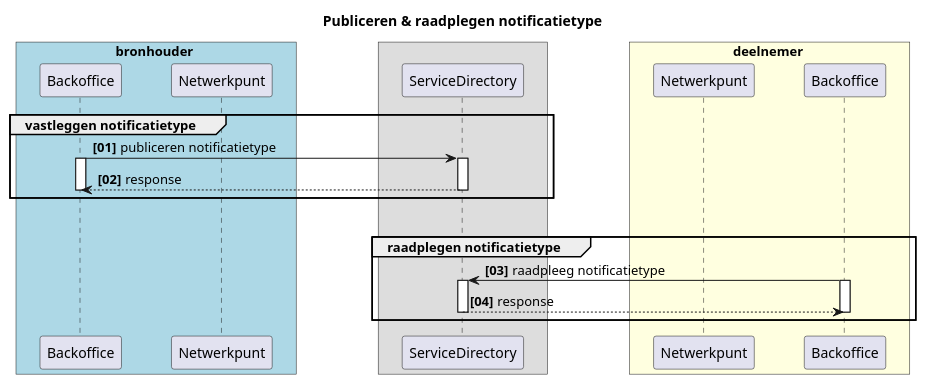
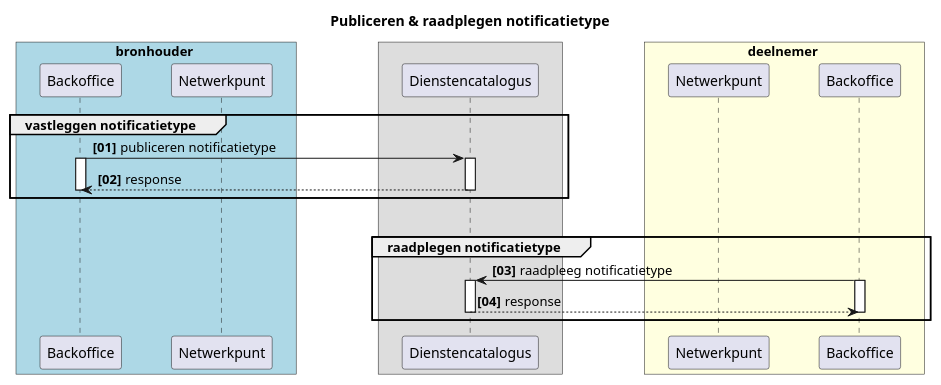
The third of 5 diagrams in RFC/RFC0008 - Notificaties en Abonnementen.md (iStandaarden/iWlz-RequestForComment), drawn with PlantUML before and after one commit. The commit also changed other lines of this file and 1 other file, not shown here.

Commit message:
Servicedirectory = dienstencatalogus

````diff
--- a/RFC/RFC0008 - Notificaties en Abonnementen.md
+++ b/RFC/RFC0008 - Notificaties en Abonnementen.md
@@ -296,41 +296,41 @@
   ```plantuml
-  @startuml rfc008-03-publiceren_raadplegen_notificatietype
+  @startuml rfc0008-03-publiceren_raadplegen_notificatietype
   title Publiceren & raadplegen notificatietype
 
   skinparam handwritten false
   skinparam participantpadding 20
   skinparam boxpadding 40
   autonumber "<b>[00]"
   box bronhouder #lightblue
   participant "Backoffice" as bs
   participant "Netwerkpunt" as npb
   end box
 
   box 
-  participant "ServiceDirectory" as sd
+  participant "Dienstencatalogus" as sd
   end box
 
   box deelnemer #lightyellow
   participant "Netwerkpunt" as nps
   participant "Backoffice" as dbs
   end box
   
   group vastleggen notificatietype
     bs -> sd : publiceren notificatietype
     activate bs
     activate sd
     return response
     deactivate bs
   end
 
   ||25|||
 
   group raadplegen notificatietype
     dbs -> sd: raadpleeg notificatietype
     activate dbs
     activate sd 
     return response
     deactivate dbs
   end
   @enduml
   ```
````
